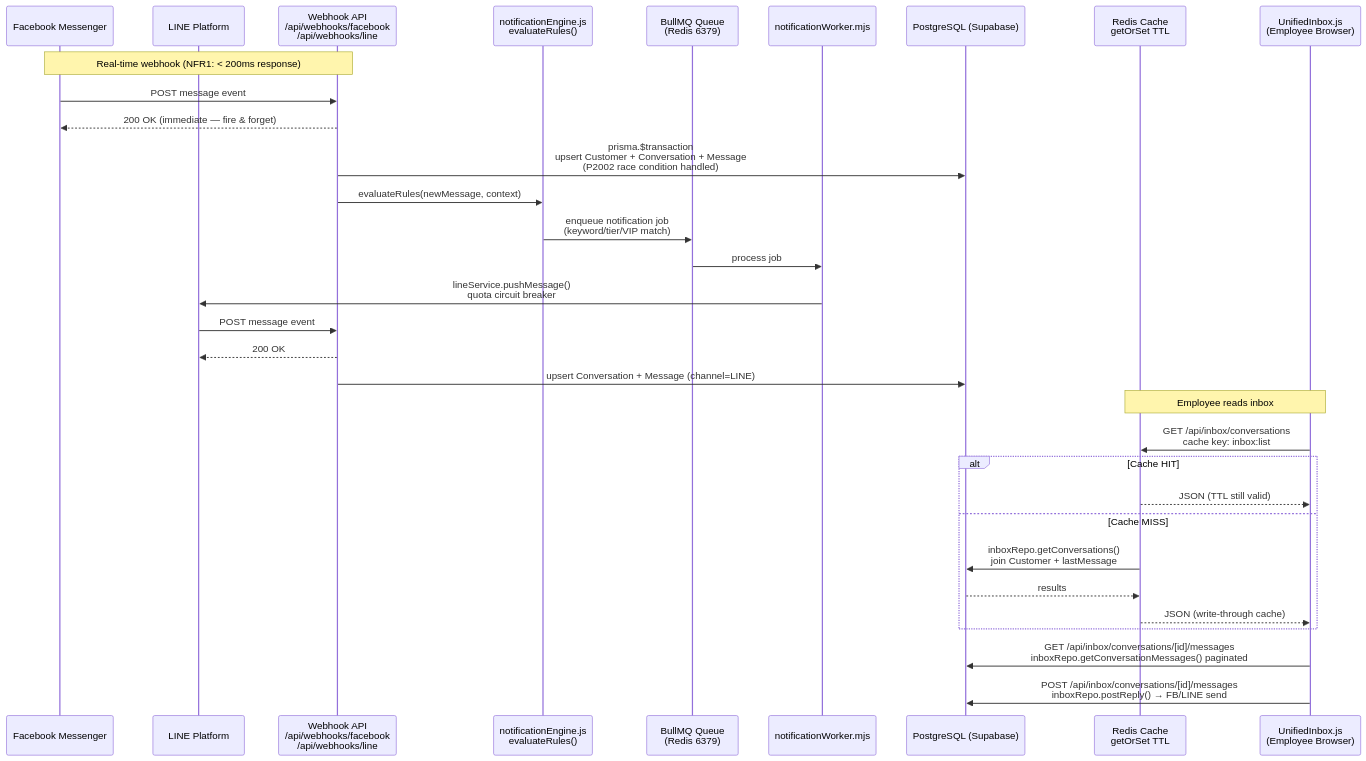
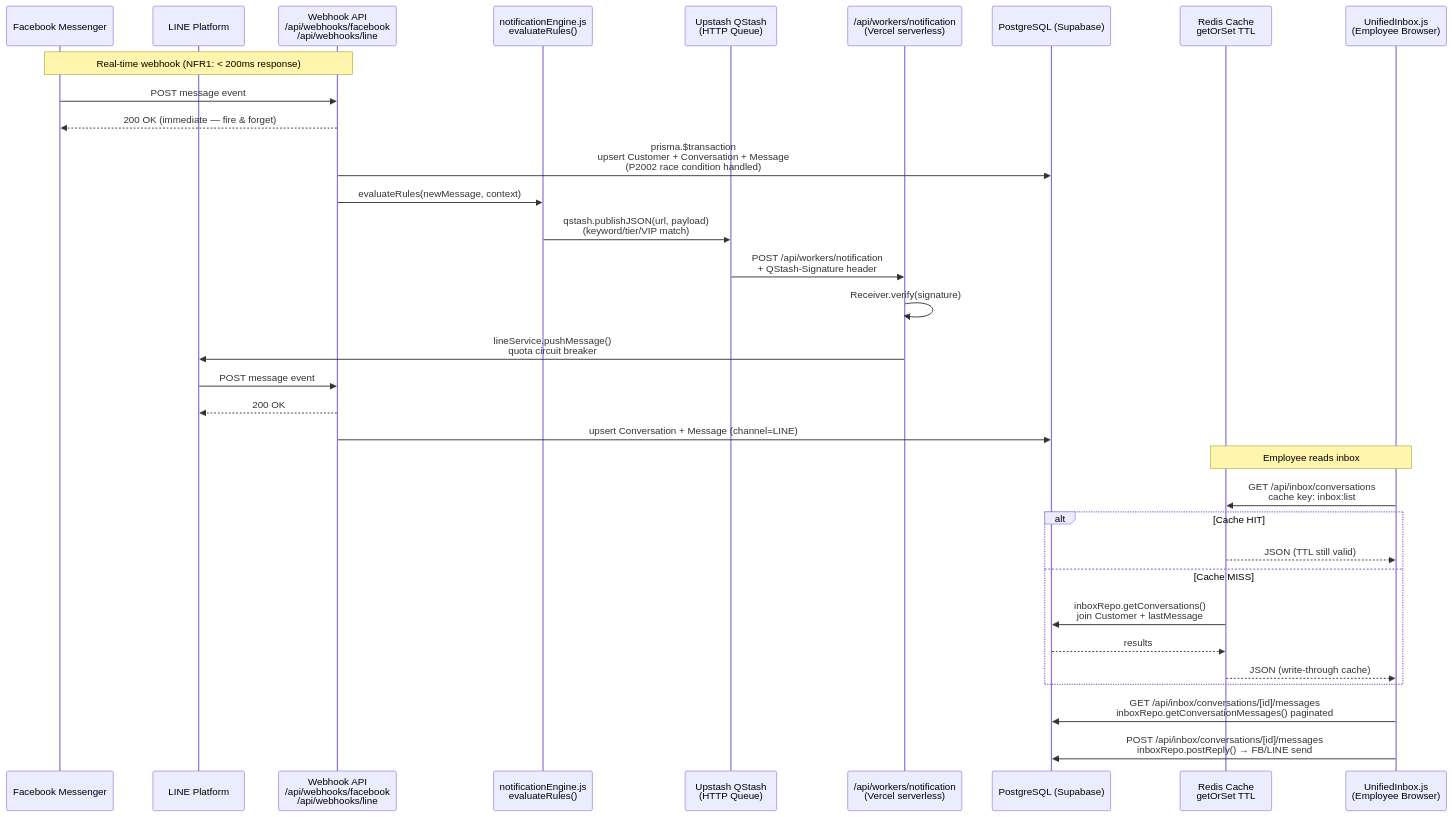
Before and after one commit to Freshair129/crmapp: the first of 10 diagrams in docs/architecture/domain-flows.md, drawn with Mermaid. The commit also changed other lines of this file and 97 other files, not shown here.

````diff
--- a/docs/architecture/domain-flows.md
+++ b/docs/architecture/domain-flows.md
@@ -10,39 +10,40 @@
 ```mermaid
 sequenceDiagram
     participant FB   as Facebook Messenger
     participant LINE as LINE Platform
     participant WH   as Webhook API<br/>/api/webhooks/facebook<br/>/api/webhooks/line
     participant NE   as notificationEngine.js<br/>evaluateRules()
-    participant BQ   as BullMQ Queue<br/>(Redis 6379)
-    participant NW   as notificationWorker.mjs
+    participant QS   as Upstash QStash<br/>(HTTP Queue)
+    participant NW   as /api/workers/notification<br/>(Vercel serverless)
     participant DB   as PostgreSQL (Supabase)
     participant RD   as Redis Cache<br/>getOrSet TTL
     participant UI   as UnifiedInbox.js<br/>(Employee Browser)
 
     Note over FB,WH: Real-time webhook (NFR1: < 200ms response)
 
     FB->>WH: POST message event
     WH-->>FB: 200 OK (immediate — fire & forget)
     WH->>DB: prisma.$transaction<br/>upsert Customer + Conversation + Message<br/>(P2002 race condition handled)
     WH->>NE: evaluateRules(newMessage, context)
-    NE->>BQ: enqueue notification job<br/>(keyword/tier/VIP match)
-    BQ->>NW: process job
+    NE->>QS: qstash.publishJSON(url, payload)<br/>(keyword/tier/VIP match)
+    QS->>NW: POST /api/workers/notification<br/>+ QStash-Signature header
+    NW->>NW: Receiver.verify(signature)
     NW->>LINE: lineService.pushMessage()<br/>quota circuit breaker
 
     LINE->>WH: POST message event
     WH-->>LINE: 200 OK
     WH->>DB: upsert Conversation + Message (channel=LINE)
 
     Note over UI,RD: Employee reads inbox
     UI->>RD: GET /api/inbox/conversations<br/>cache key: inbox:list
     alt Cache HIT
         RD-->>UI: JSON (TTL still valid)
     else Cache MISS
         RD->>DB: inboxRepo.getConversations()<br/>join Customer + lastMessage
         DB-->>RD: results
         RD-->>UI: JSON (write-through cache)
     end
 
     UI->>DB: GET /api/inbox/conversations/[id]/messages<br/>inboxRepo.getConversationMessages() paginated
     UI->>DB: POST /api/inbox/conversations/[id]/messages<br/>inboxRepo.postReply() → FB/LINE send
 ```
````
